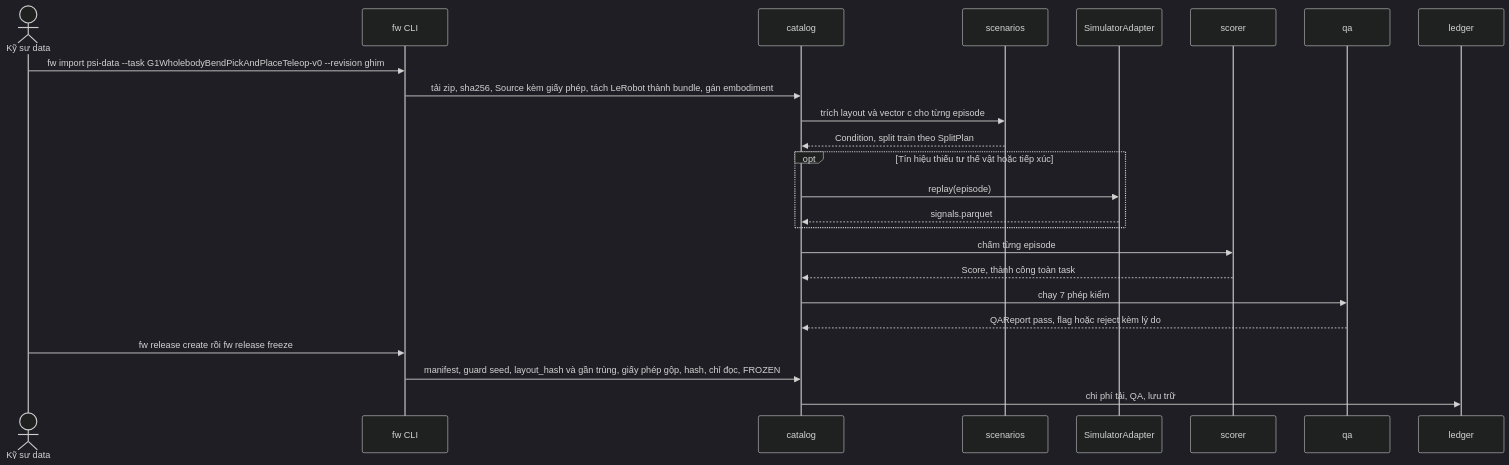
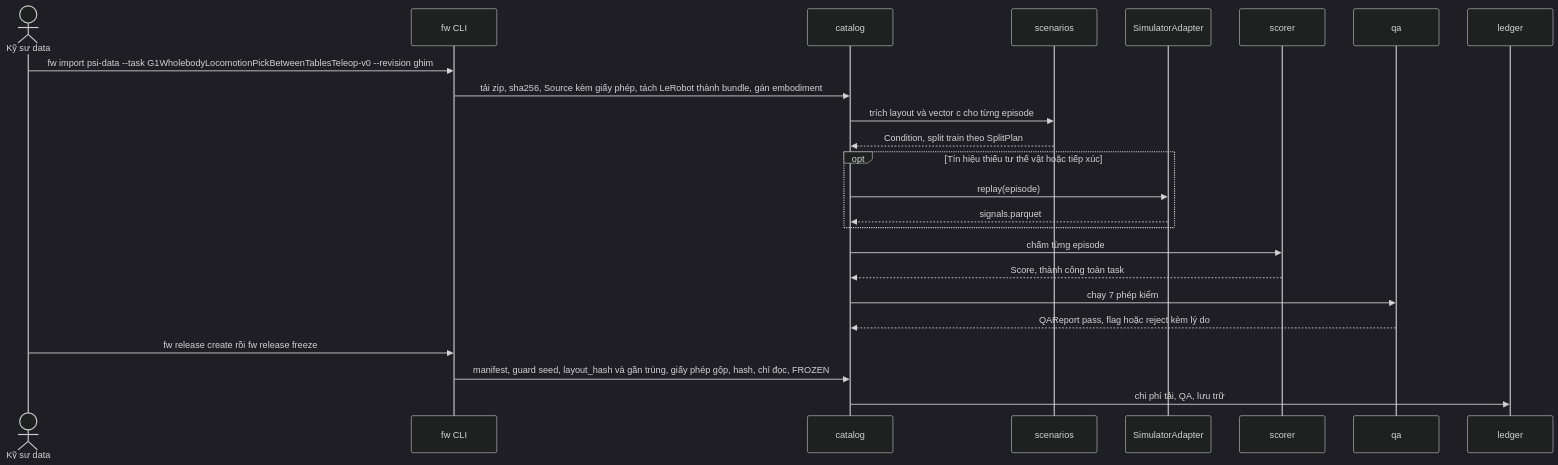
Before and after one commit to hiwe0305/denso-challenge: the third of 6 diagrams in docs/product/03-architecture.md, drawn with Mermaid (dark theme). The commit also changed other lines of this file and 2 other files, not shown here.

First line of the commit message:
Replace the old main-task name in 02, 03 and 04

````diff
--- a/docs/product/03-architecture.md
+++ b/docs/product/03-architecture.md
@@ -391,26 +391,26 @@
 ```mermaid
 sequenceDiagram
   actor E as Kỹ sư data
   participant CLI as fw CLI
   participant CAT as catalog
   participant SCN as scenarios
   participant SIM as SimulatorAdapter
   participant SCO as scorer
   participant QA as qa
   participant LED as ledger
-  E->>CLI: fw import psi-data --task G1WholebodyBendPickAndPlaceTeleop-v0 --revision ghim
+  E->>CLI: fw import psi-data --task G1WholebodyLocomotionPickBetweenTablesTeleop-v0 --revision ghim
   CLI->>CAT: tải zip, sha256, Source kèm giấy phép, tách LeRobot thành bundle, gán embodiment
   CAT->>SCN: trích layout và vector c cho từng episode
   SCN-->>CAT: Condition, split train theo SplitPlan
   opt Tín hiệu thiếu tư thế vật hoặc tiếp xúc
     CAT->>SIM: replay(episode)
     SIM-->>CAT: signals.parquet
   end
   CAT->>SCO: chấm từng episode
   SCO-->>CAT: Score, thành công toàn task
   CAT->>QA: chạy 7 phép kiểm
   QA-->>CAT: QAReport pass, flag hoặc reject kèm lý do
   E->>CLI: fw release create rồi fw release freeze
   CLI->>CAT: manifest, guard seed, layout_hash và gần trùng, giấy phép gộp, hash, chỉ đọc, FROZEN
   CAT->>LED: chi phí tải, QA, lưu trữ
 ```
````
